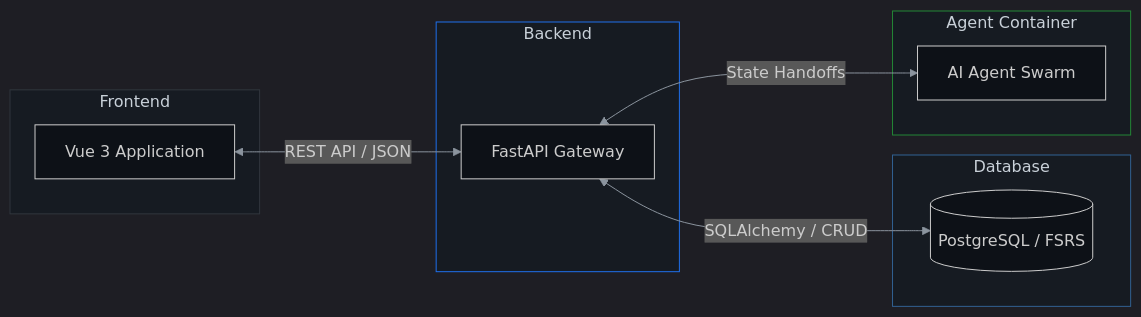
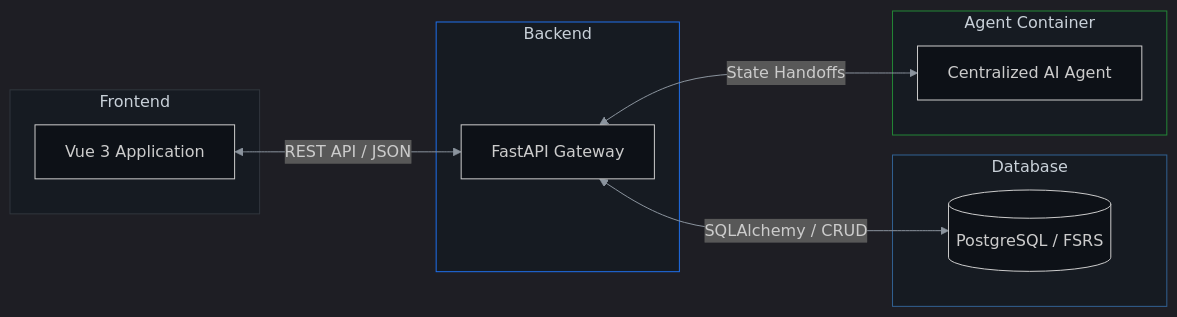
Before and after one commit to tomstehling/tomstehling: the first of 2 diagrams in README.md, drawn with Mermaid. The commit also changed other lines of this file, not shown here.

Commit message:
docs: update charts to reflect a centralized AI agent architecture

````diff
--- a/README.md
+++ b/README.md
@@ -28,28 +28,28 @@
 ```mermaid
 %%{init: { 'theme': 'dark', 'themeVariables': { 'mainBkg': '#0d1117', 'primaryColor': '#1f6feb', 'primaryTextColor': '#c9d1d9', 'primaryBorderColor': '#30363d', 'lineColor': '#8b949e', 'tertiaryColor': '#161b22' } } }%%
 graph LR
     subgraph Client ["Frontend"]
         Vue[Vue 3 Application]
     end
 
     subgraph Server ["Backend"]
         FastAPI[FastAPI Gateway]
     end
 
     subgraph Storage ["Database"]
         Postgres[(PostgreSQL / FSRS)]
     end
 
     subgraph Intelligence ["Agent Container"]
-        Agents[AI Agent Swarm]
+        Agent[Centralized AI Agent]
     end
 
     Vue <-->|REST API / JSON| FastAPI
     FastAPI <-->|SQLAlchemy / CRUD| Postgres
-    FastAPI <-->|State Handoffs| Agents
+    FastAPI <-->|State Handoffs| Agent
 
     style Client fill:#161b22,stroke:#30363d,color:#c9d1d9
     style Server fill:#161b22,stroke:#1f6feb,color:#c9d1d9
     style Storage fill:#161b22,stroke:#316192,color:#c9d1d9
     style Intelligence fill:#161b22,stroke:#238636,color:#c9d1d9
 ```
````
